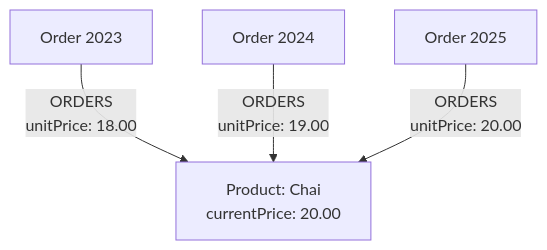
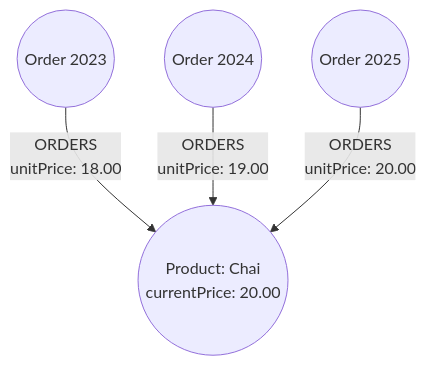
Before and after one commit to neo4j-graphacademy/courses: the second of 2 diagrams in asciidoc/courses/workshop-importing/modules/2-data-modeling/lessons/5-properties/lesson.adoc, drawn with Mermaid. The commit also changed other lines of this file and 15 other files, not shown here.

````diff
--- a/asciidoc/courses/workshop-importing/modules/2-data-modeling/lessons/5-properties/lesson.adoc
+++ b/asciidoc/courses/workshop-importing/modules/2-data-modeling/lessons/5-properties/lesson.adoc
@@ -156,8 +156,8 @@
 ```mermaid
 graph TB
-    A[Product: Chai<br/>currentPrice: 20.00]
+    A((Product: Chai<br/>currentPrice: 20.00))
 
-    B[Order 2023] -->|"ORDERS<br/>unitPrice: 18.00"| A
-    C[Order 2024] -->|"ORDERS<br/>unitPrice: 19.00"| A
-    D[Order 2025] -->|"ORDERS<br/>unitPrice: 20.00"| A
+    B((Order 2023)) -->|"ORDERS<br/>unitPrice: 18.00"| A
+    C((Order 2024)) -->|"ORDERS<br/>unitPrice: 19.00"| A
+    D((Order 2025)) -->|"ORDERS<br/>unitPrice: 20.00"| A
 ```
````
